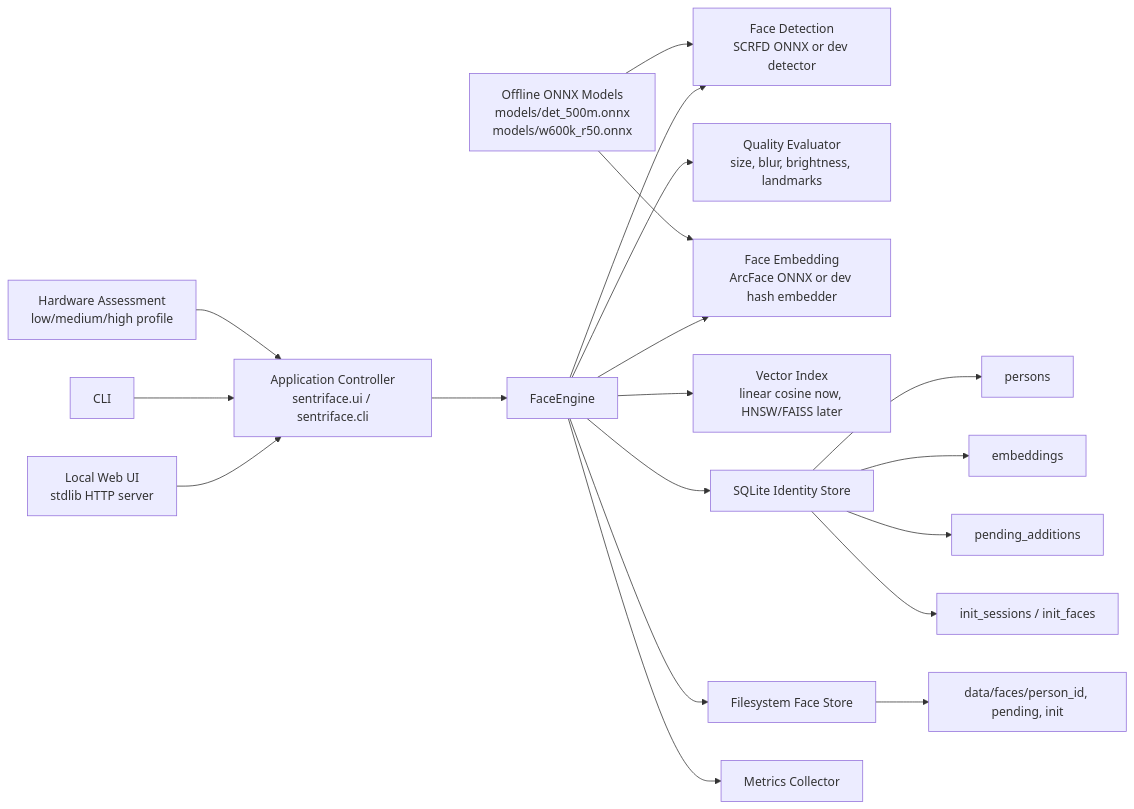
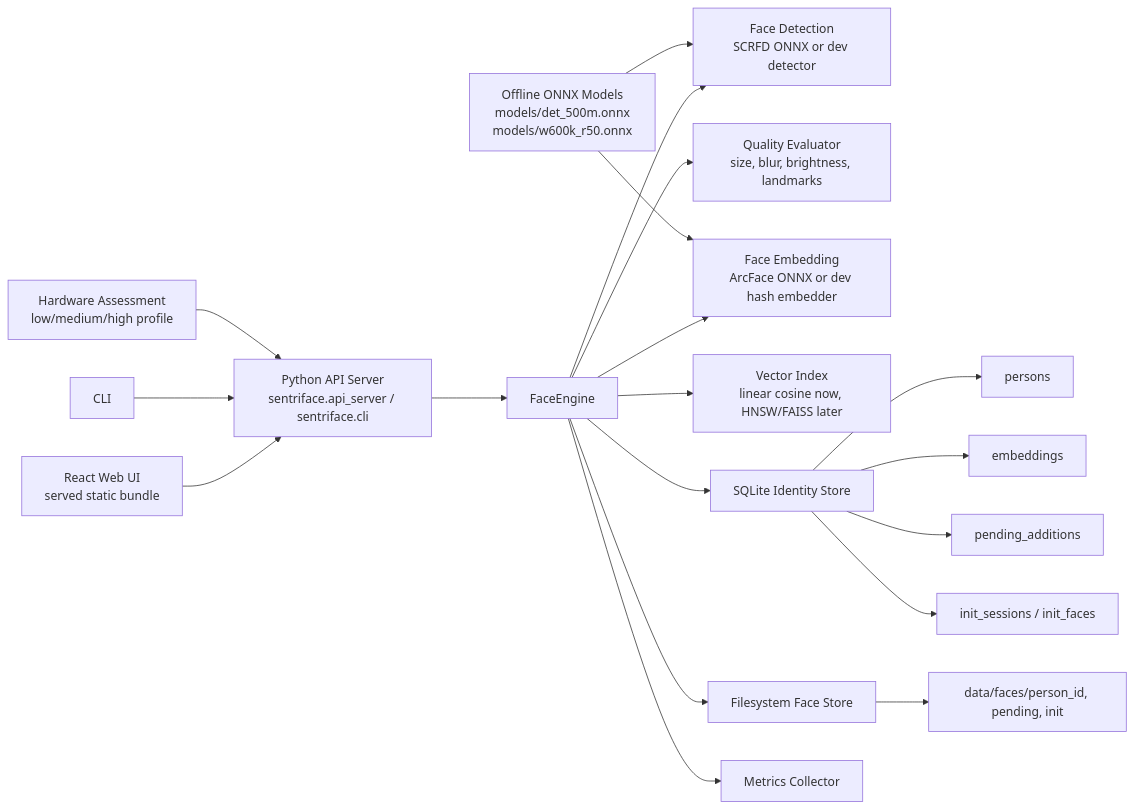
The second of 2 diagrams in README.md (suraj-singh12/sentri-face-edge), drawn with Mermaid before and after one commit. The commit also changed other lines of this file and 16 other files, not shown here.

````diff
--- a/README.md
+++ b/README.md
@@ -61,24 +61,24 @@
 ```mermaid
 flowchart LR
-    UI["Local Web UI\nstdlib HTTP server"] --> Controller["Application Controller\nsentriface.ui / sentriface.cli"]
+    UI["React Web UI\nserved static bundle"] --> Controller["Python API Server\nsentriface.api_server / sentriface.cli"]
     CLI["CLI"] --> Controller
     Controller --> Engine["FaceEngine"]
 
     Engine --> Detector["Face Detection\nSCRFD ONNX or dev detector"]
     Engine --> Quality["Quality Evaluator\nsize, blur, brightness, landmarks"]
     Engine --> Embedder["Face Embedding\nArcFace ONNX or dev hash embedder"]
     Engine --> Index["Vector Index\nlinear cosine now, HNSW/FAISS later"]
     Engine --> Store["SQLite Identity Store"]
     Engine --> Files["Filesystem Face Store"]
     Engine --> Metrics["Metrics Collector"]
 
     Store --> Persons["persons"]
     Store --> Embeddings["embeddings"]
     Store --> Pending["pending_additions"]
     Store --> InitSessions["init_sessions / init_faces"]
     Files --> Crops["data/faces/person_id, pending, init"]
 
     Config["Hardware Assessment\nlow/medium/high profile"] --> Controller
     Models["Offline ONNX Models\nmodels/det_500m.onnx\nmodels/w600k_r50.onnx"] --> Detector
     Models --> Embedder
 ```
````
